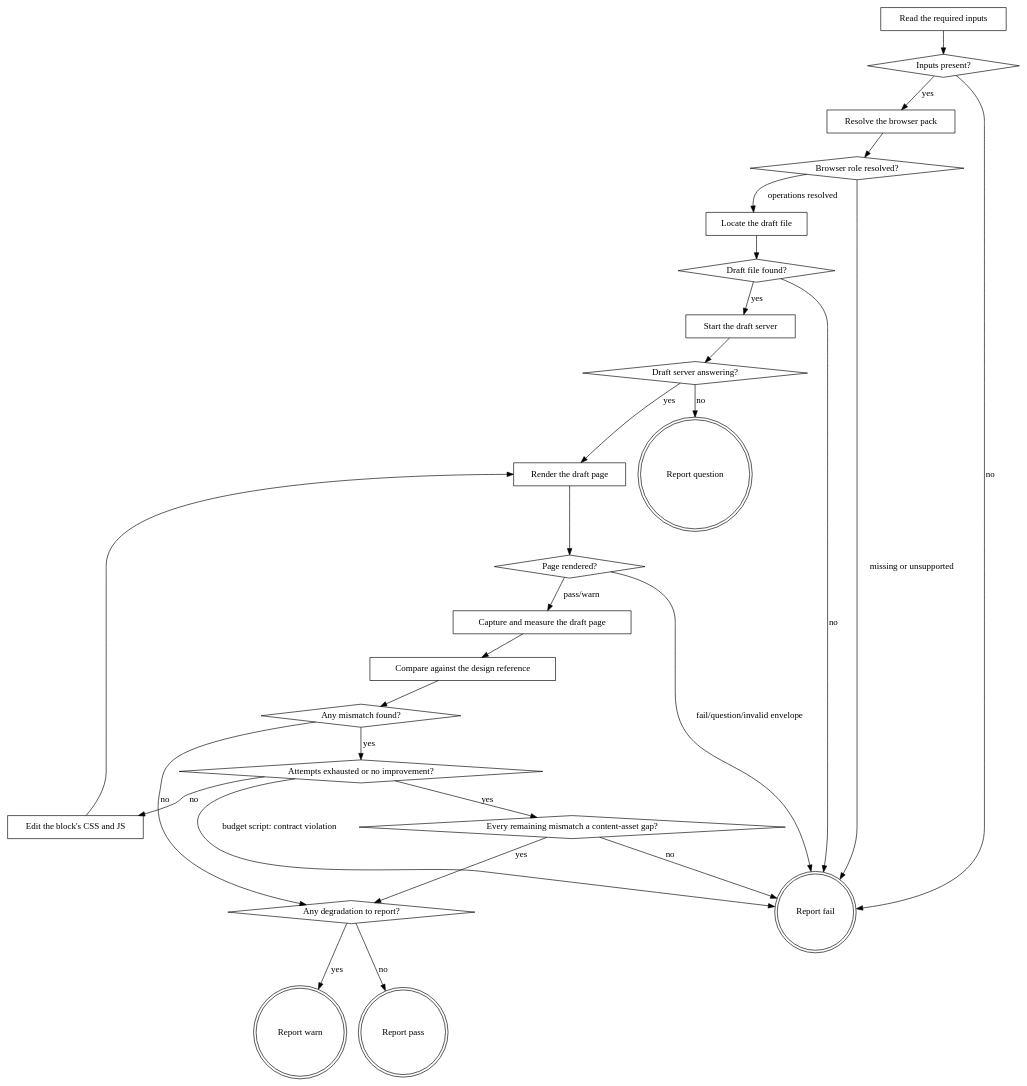
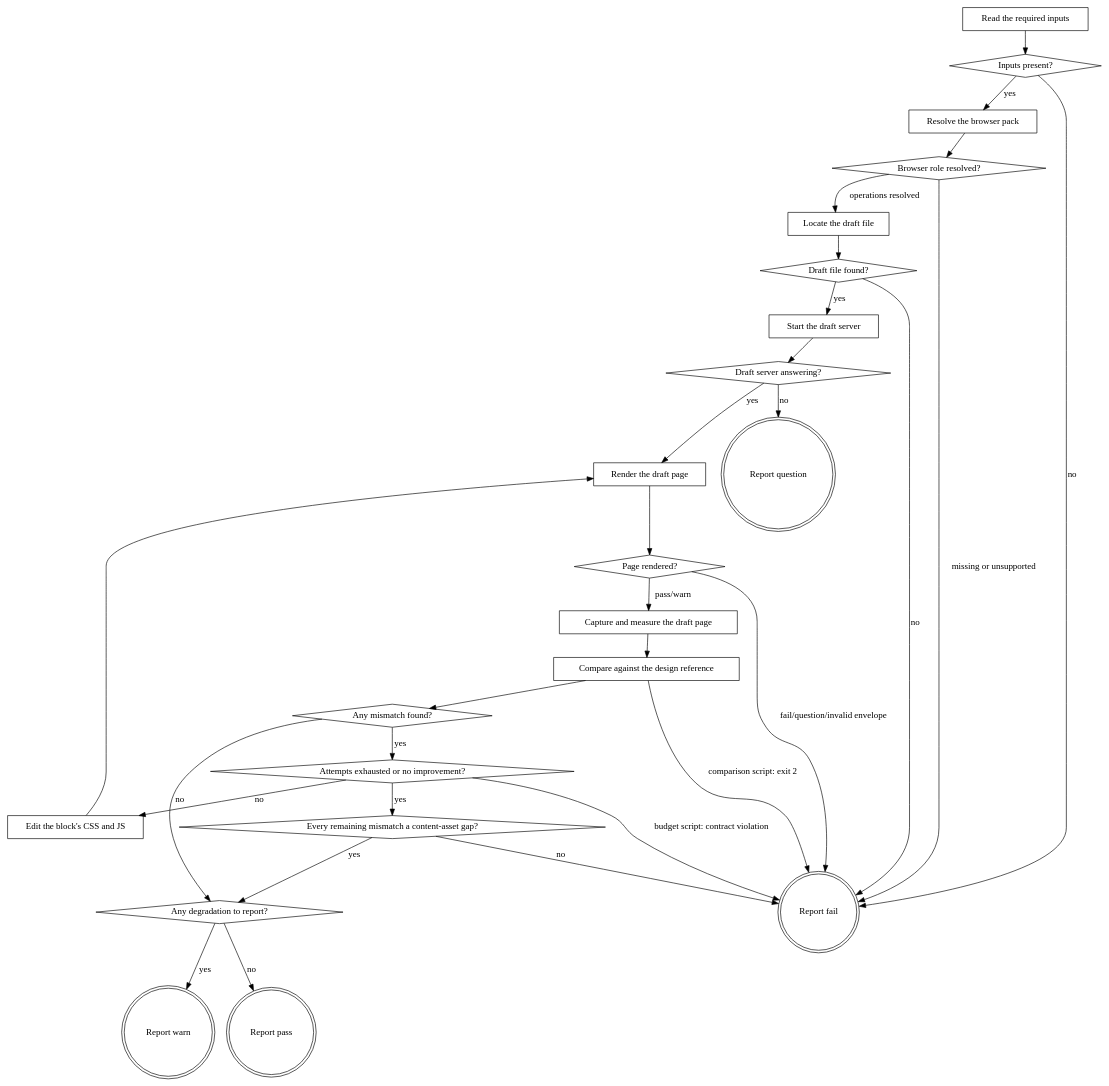
One commit to agenticDraft/aem-eds-ai-workflow-demo changed the diagram in plugins/eds/skills/eds-verify-design/SKILL.md. Above: the diagram before and after it, drawn with Graphviz. The commit also changed other lines of this file and 2 other files, not shown here.

First line of the commit message:
eds-verify-design compares spacing and radius against the design-context values

````diff
--- a/plugins/eds/skills/eds-verify-design/SKILL.md
+++ b/plugins/eds/skills/eds-verify-design/SKILL.md
@@ -50,53 +53,54 @@
 ```dot
 digraph eds_verify_design {
     "Read the required inputs" [shape=box];
     "Inputs present?" [shape=diamond];
     "Resolve the browser pack" [shape=box];
     "Browser role resolved?" [shape=diamond];
     "Locate the draft file" [shape=box];
     "Draft file found?" [shape=diamond];
     "Start the draft server" [shape=box];
     "Draft server answering?" [shape=diamond];
     "Render the draft page" [shape=box];
     "Page rendered?" [shape=diamond];
     "Capture and measure the draft page" [shape=box];
     "Compare against the design reference" [shape=box];
     "Any mismatch found?" [shape=diamond];
     "Attempts exhausted or no improvement?" [shape=diamond];
     "Every remaining mismatch a content-asset gap?" [shape=diamond];
     "Edit the block's CSS and JS" [shape=box];
     "Any degradation to report?" [shape=diamond];
     "Report fail" [shape=doublecircle];
     "Report question" [shape=doublecircle];
     "Report warn" [shape=doublecircle];
     "Report pass" [shape=doublecircle];
 
     "Read the required inputs" -> "Inputs present?";
     "Inputs present?" -> "Resolve the browser pack" [label="yes"];
     "Inputs present?" -> "Report fail" [label="no"];
     "Resolve the browser pack" -> "Browser role resolved?";
     "Browser role resolved?" -> "Locate the draft file" [label="operations resolved"];
     "Browser role resolved?" -> "Report fail" [label="missing or unsupported"];
     "Locate the draft file" -> "Draft file found?";
     "Draft file found?" -> "Start the draft server" [label="yes"];
     "Draft file found?" -> "Report fail" [label="no"];
     "Start the draft server" -> "Draft server answering?";
     "Draft server answering?" -> "Render the draft page" [label="yes"];
     "Draft server answering?" -> "Report question" [label="no"];
     "Render the draft page" -> "Page rendered?";
     "Page rendered?" -> "Capture and measure the draft page" [label="pass/warn"];
     "Page rendered?" -> "Report fail" [label="fail/question/invalid envelope"];
     "Capture and measure the draft page" -> "Compare against the design reference";
     "Compare against the design reference" -> "Any mismatch found?";
+    "Compare against the design reference" -> "Report fail" [label="comparison script: exit 2"];
     "Any mismatch found?" -> "Any degradation to report?" [label="no"];
     "Any mismatch found?" -> "Attempts exhausted or no improvement?" [label="yes"];
     "Attempts exhausted or no improvement?" -> "Every remaining mismatch a content-asset gap?" [label="yes"];
     "Attempts exhausted or no improvement?" -> "Edit the block's CSS and JS" [label="no"];
     "Attempts exhausted or no improvement?" -> "Report fail" [label="budget script: contract violation"];
     "Every remaining mismatch a content-asset gap?" -> "Any degradation to report?" [label="yes"];
     "Every remaining mismatch a content-asset gap?" -> "Report fail" [label="no"];
     "Edit the block's CSS and JS" -> "Render the draft page";
     "Any degradation to report?" -> "Report warn" [label="yes"];
     "Any degradation to report?" -> "Report pass" [label="no"];
 }
 ```
````
